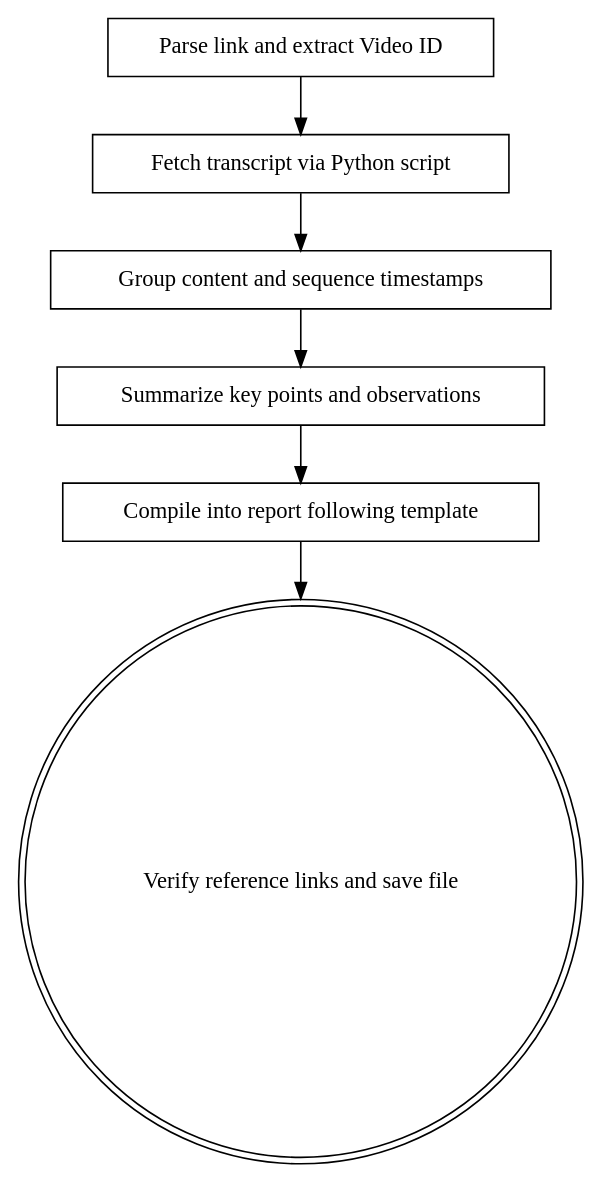
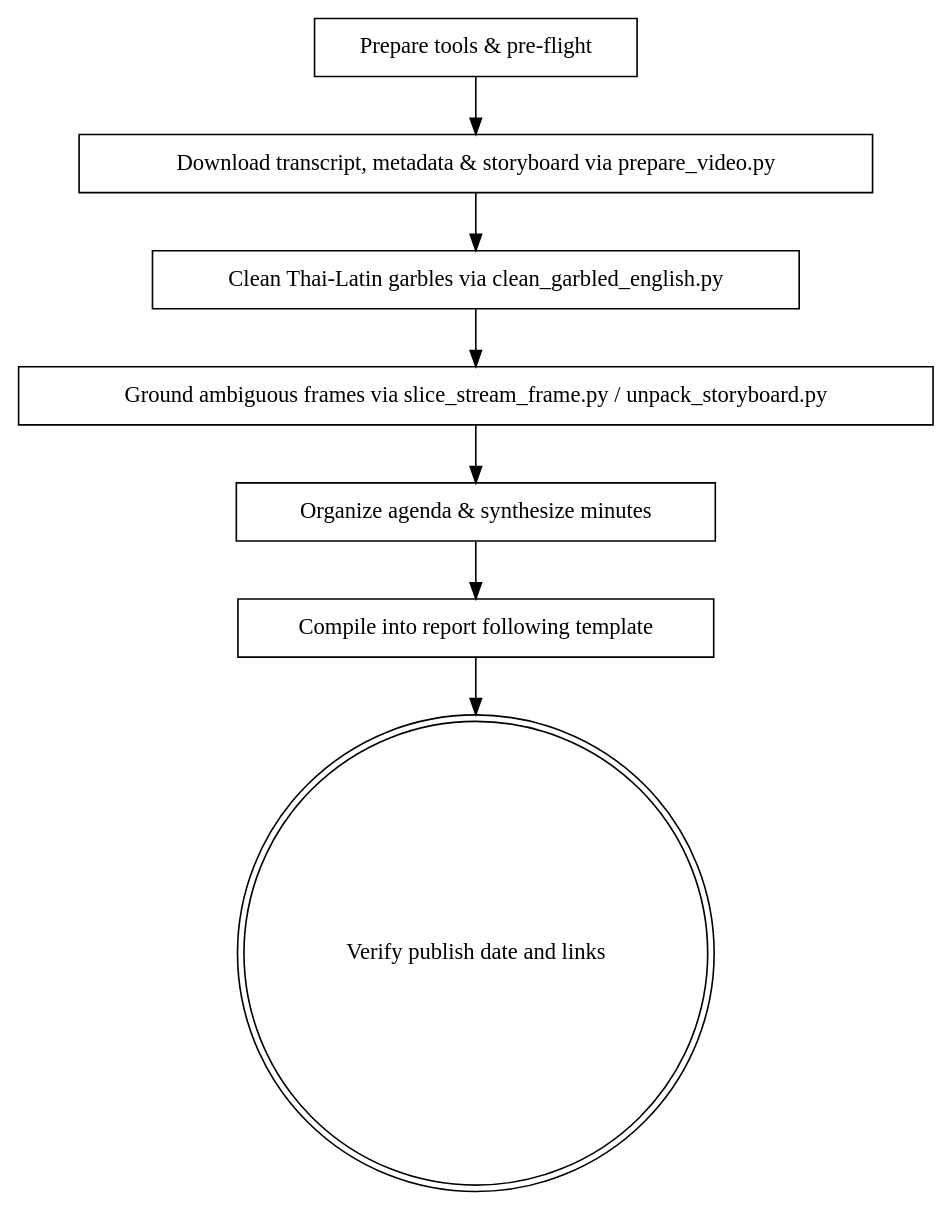
The diagram in skills/youtube-minutes-synthesis/SKILL.md (ZenitHTH/anibon-stream-synthesis), drawn with Graphviz before and after one commit. The commit also changed other lines of this file and 1 other file, not shown here.

Commit message:
feat(youtube-minutes-synthesis): upgrade skill workflow to v1.3.0 pipeline tools

````diff
--- a/skills/youtube-minutes-synthesis/SKILL.md
+++ b/skills/youtube-minutes-synthesis/SKILL.md
@@ -18,16 +18,18 @@
 ```dot
 digraph youtube_flow {
-    "Parse link and extract Video ID" [shape=box];
-    "Fetch transcript via Python script" [shape=box];
-    "Group content and sequence timestamps" [shape=box];
-    "Summarize key points and observations" [shape=box];
+    "Prepare tools & pre-flight" [shape=box];
+    "Download transcript, metadata & storyboard via prepare_video.py" [shape=box];
+    "Clean Thai-Latin garbles via clean_garbled_english.py" [shape=box];
+    "Ground ambiguous frames via slice_stream_frame.py / unpack_storyboard.py" [shape=box];
+    "Organize agenda & synthesize minutes" [shape=box];
     "Compile into report following template" [shape=box];
-    "Verify reference links and save file" [shape=doublecircle];
+    "Verify publish date and links" [shape=doublecircle];
 
-    "Parse link and extract Video ID" -> "Fetch transcript via Python script";
-    "Fetch transcript via Python script" -> "Group content and sequence timestamps";
-    "Group content and sequence timestamps" -> "Summarize key points and observations";
-    "Summarize key points and observations" -> "Compile into report following template";
-    "Compile into report following template" -> "Verify reference links and save file";
+    "Prepare tools & pre-flight" -> "Download transcript, metadata & storyboard via prepare_video.py";
+    "Download transcript, metadata & storyboard via prepare_video.py" -> "Clean Thai-Latin garbles via clean_garbled_english.py";
+    "Clean Thai-Latin garbles via clean_garbled_english.py" -> "Ground ambiguous frames via slice_stream_frame.py / unpack_storyboard.py";
+    "Ground ambiguous frames via slice_stream_frame.py / unpack_storyboard.py" -> "Organize agenda & synthesize minutes";
+    "Organize agenda & synthesize minutes" -> "Compile into report following template";
+    "Compile into report following template" -> "Verify publish date and links";
 }
 ```
````
